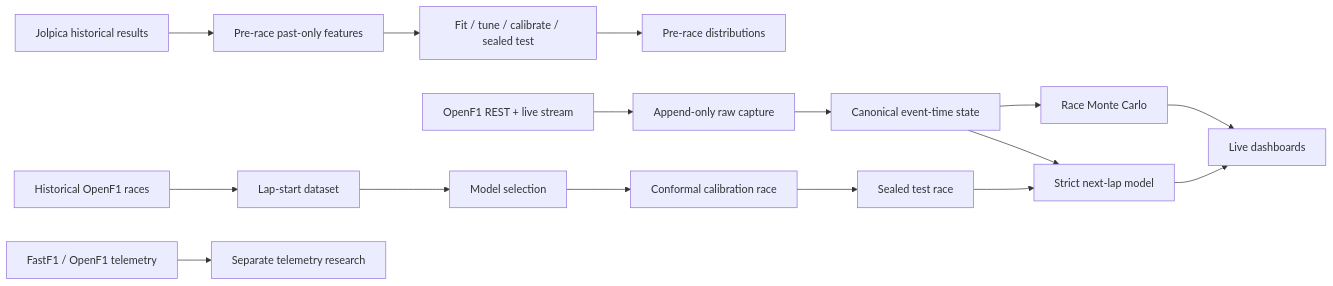
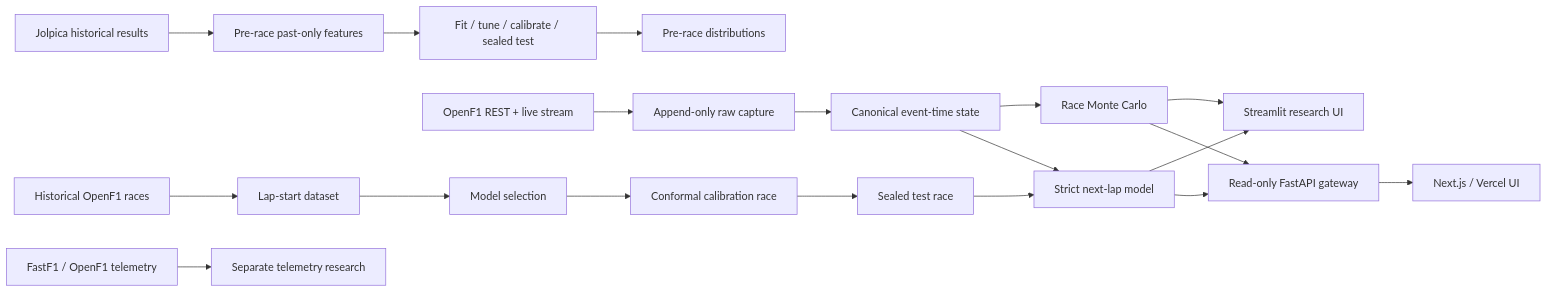
The diagram in README.md (Cugutayy/f1-race-modeling), drawn with Mermaid before and after one commit. The commit also changed other lines of this file, not shown here.

Commit message:
Document Vercel web and live API architecture

````diff
--- a/README.md
+++ b/README.md
@@ -215,21 +235,24 @@
 ```mermaid
 flowchart LR
   J[Jolpica historical results] --> PR[Pre-race past-only features]
   PR --> BV2[Fit / tune / calibrate / sealed test]
   BV2 --> P[Pre-race distributions]
 
   O[OpenF1 REST + live stream] --> RAW[Append-only raw capture]
   RAW --> S[Canonical event-time state]
   S --> LP[Strict next-lap model]
   S --> MC[Race Monte Carlo]
-  LP --> UI[Live dashboards]
-  MC --> UI
+  LP --> API[Read-only FastAPI gateway]
+  MC --> API
+  API --> NX[Next.js / Vercel UI]
+  LP --> ST[Streamlit research UI]
+  MC --> ST
 
   H[Historical OpenF1 races] --> LD[Lap-start dataset]
   LD --> LSEL[Model selection]
   LSEL --> CONF[Conformal calibration race]
   CONF --> LTEST[Sealed test race]
   LTEST --> LP
 
   F[FastF1 / OpenF1 telemetry] --> T[Separate telemetry research]
 ```
````
